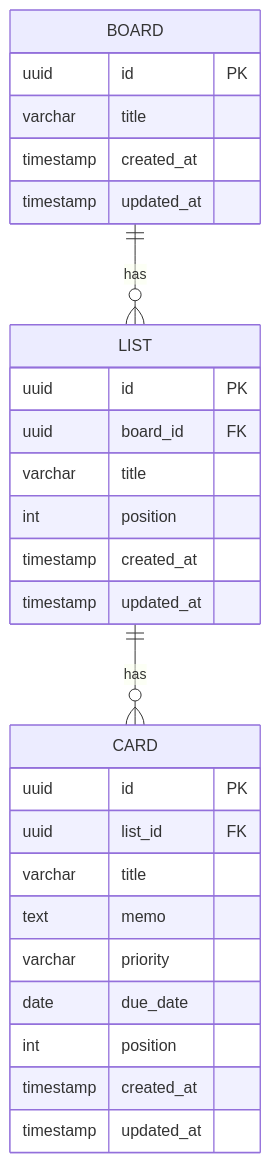
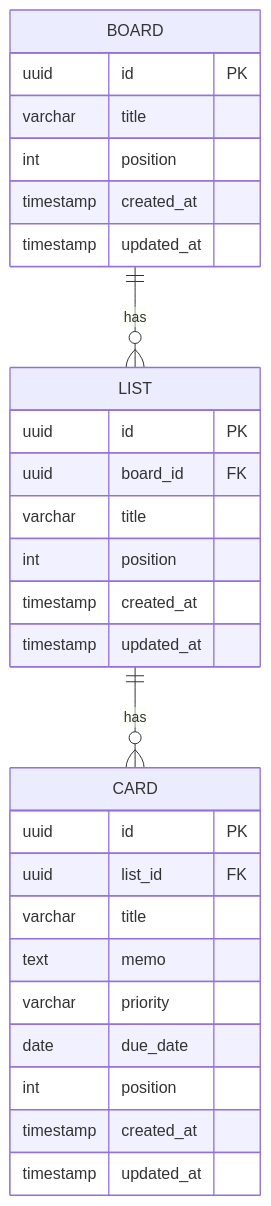
One commit to KeisukeFuruta/TaskManagement changed the diagram in docs/er-diagram.md. Above: the diagram before and after it, drawn with Mermaid. The commit also changed other lines of this file and 27 other files, not shown here.

````diff
--- a/docs/er-diagram.md
+++ b/docs/er-diagram.md
@@ -3,33 +3,34 @@
 ```mermaid
 erDiagram
     BOARD {
         uuid id PK
         varchar title
+        int position
         timestamp created_at
         timestamp updated_at
     }
 
     LIST {
         uuid id PK
         uuid board_id FK
         varchar title
         int position
         timestamp created_at
         timestamp updated_at
     }
 
     CARD {
         uuid id PK
         uuid list_id FK
         varchar title
         text memo
         varchar priority
         date due_date
         int position
         timestamp created_at
         timestamp updated_at
     }
 
     BOARD ||--o{ LIST : "has"
     LIST ||--o{ CARD : "has"
 ```
````
